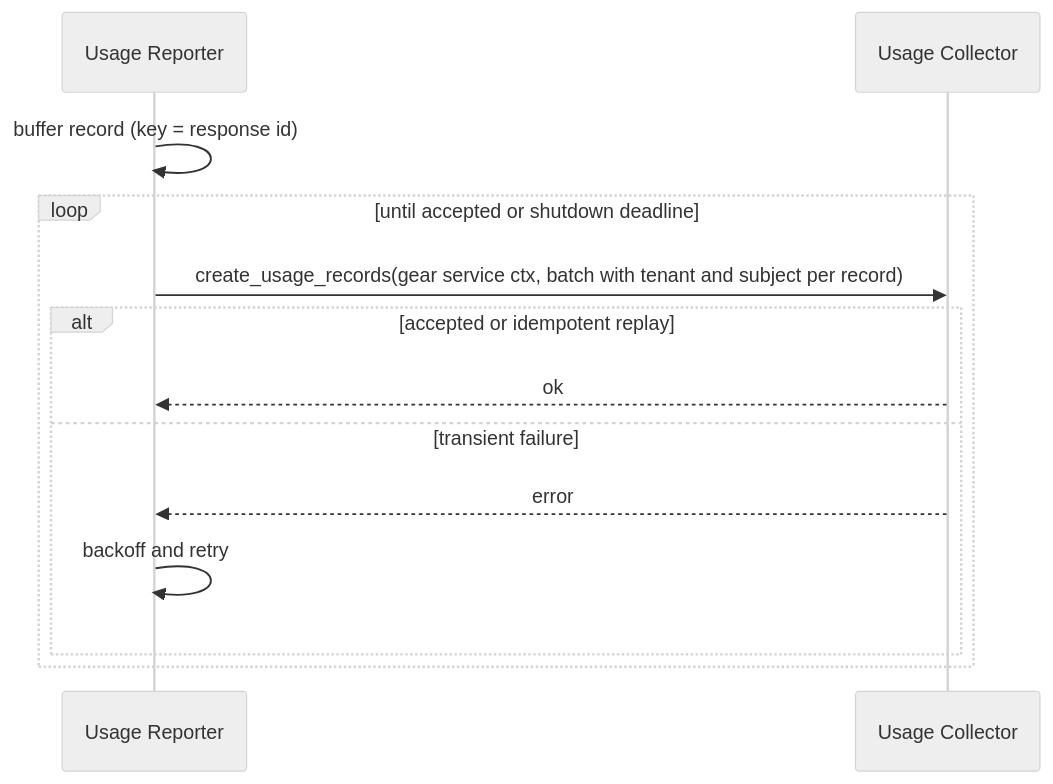
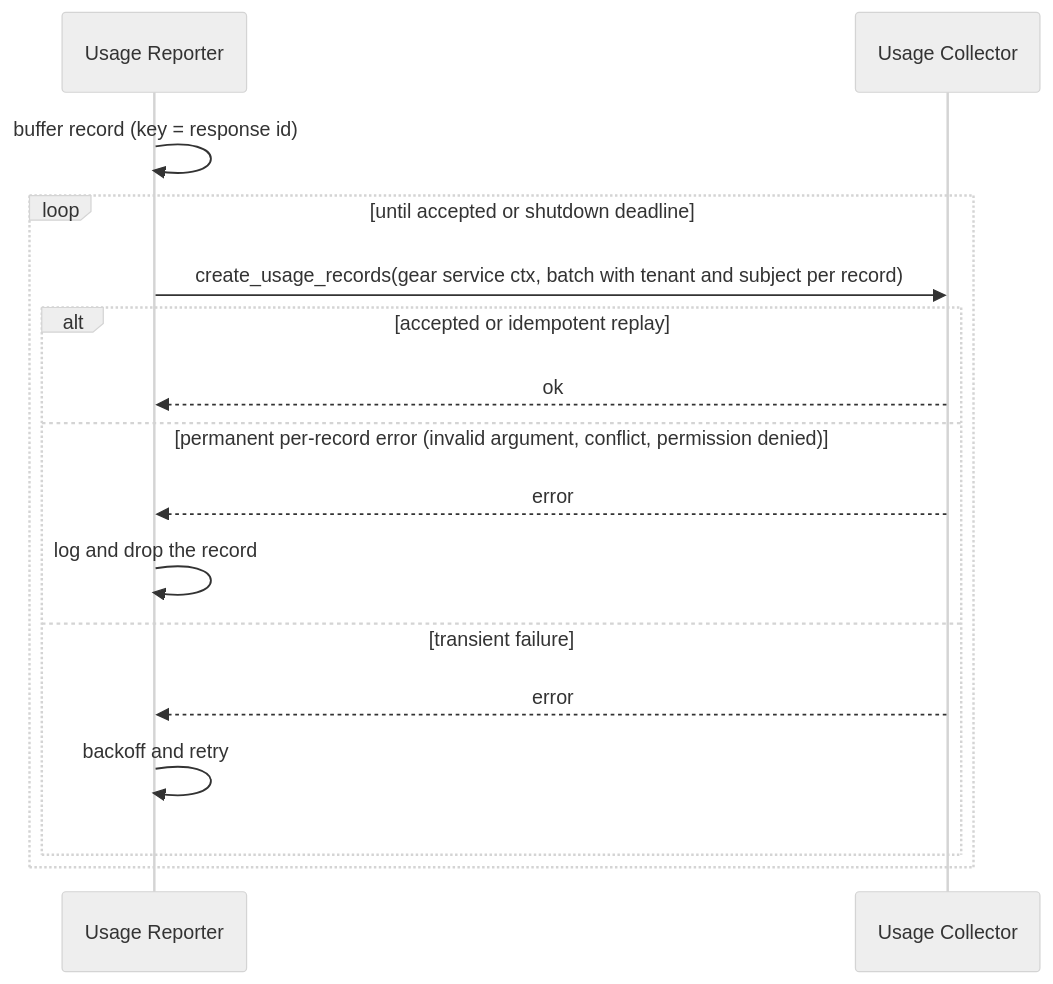
Before and after one commit to constructorfabric/gears-rust: diagram 13 of 15 in gears/llm-gateway/docs/DESIGN.md, drawn with Mermaid (neutral theme). The commit also changed other lines of this file, not shown here.

````diff
--- a/gears/llm-gateway/docs/DESIGN.md
+++ b/gears/llm-gateway/docs/DESIGN.md
@@ -1154,15 +1185,18 @@
 ```mermaid
 sequenceDiagram
     participant UR as Usage Reporter
     participant UC as Usage Collector
     UR->>UR: buffer record (key = response id)
     loop until accepted or shutdown deadline
         UR->>UC: create_usage_records(gear service ctx, batch with tenant and subject per record)
         alt accepted or idempotent replay
             UC-->>UR: ok
+        else permanent per-record error (invalid argument, conflict, permission denied)
+            UC-->>UR: error
+            UR->>UR: log and drop the record
         else transient failure
             UC-->>UR: error
             UR->>UR: backoff and retry
         end
     end
 ```
````
